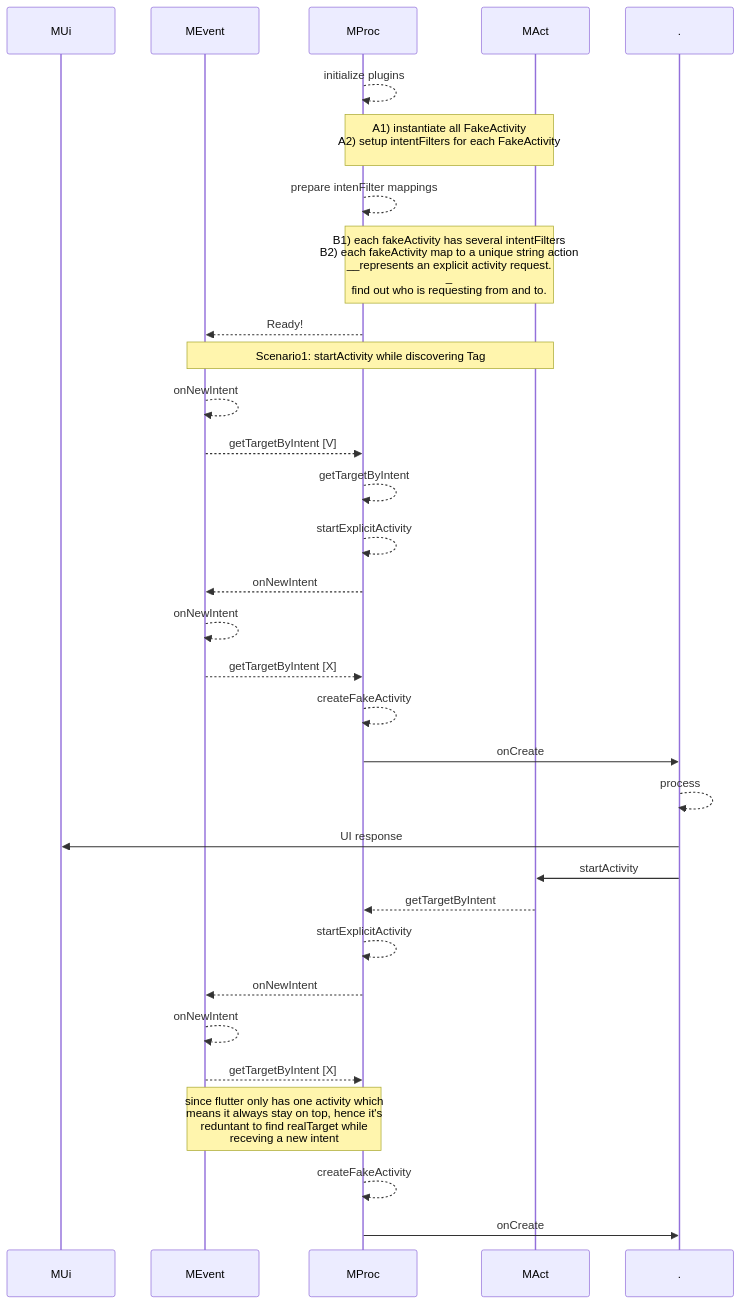
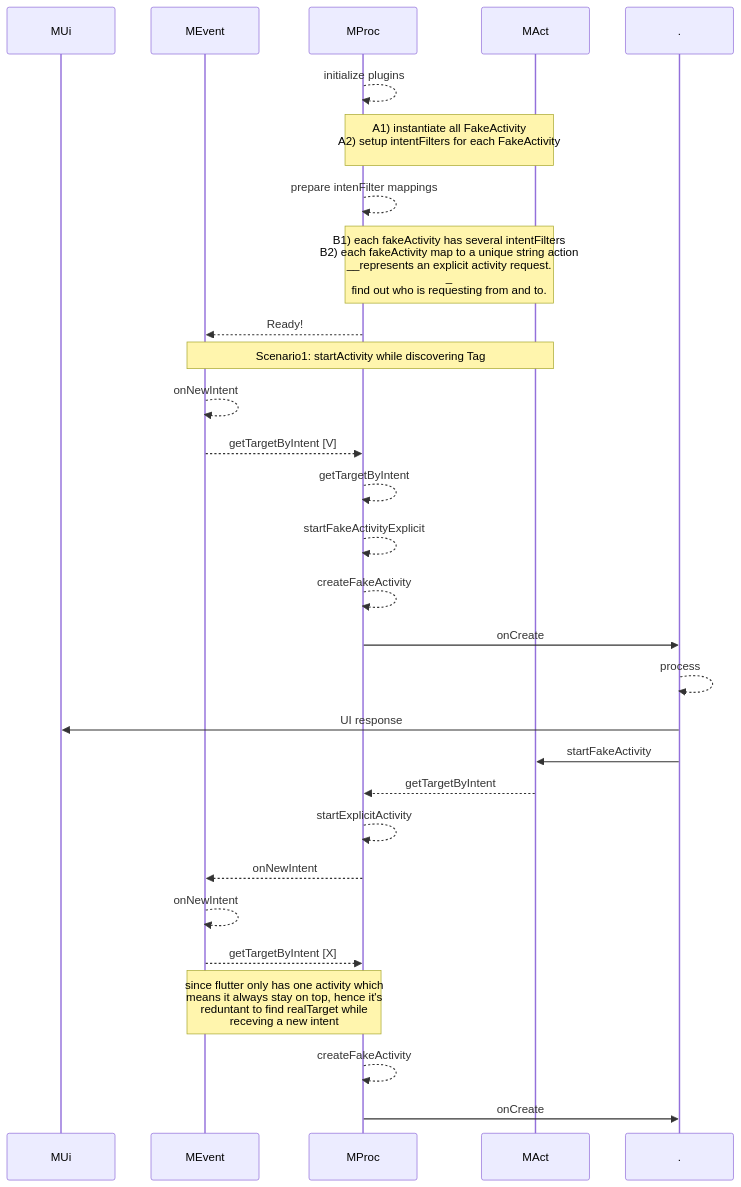
One commit to gordianknotC/nxp_note changed the third of 6 diagrams in flutter/android_to_flutter.md. Above: the diagram before and after it, drawn with Mermaid. The commit also changed other lines of this file, not shown here.

Commit message:
flutter/android_to_flutter.md updated from https://stackedit.io/

````diff
--- a/flutter/android_to_flutter.md
+++ b/flutter/android_to_flutter.md
@@ -50,45 +50,40 @@
 ```mermaid
 sequenceDiagram
 participant MUi
 participant MEvent
 participant MProc
 participant MAct
 participant .
 
 MProc-->>MProc: initialize plugins
 Note over MProc,MAct: A1) instantiate all FakeActivity<br>A2) setup intentFilters for each FakeActivity<br>
 
 MProc-->>MProc: prepare intenFilter mappings
 Note over MProc, MAct: B1) each fakeActivity has several intentFilters<br>B2) each fakeActivity map to a unique string action<br>__represents an explicit activity request.<br>_<br> find out who is requesting from and to.
 
 MProc-->>MEvent: Ready!
 
 Note over MEvent, MAct: Scenario1: startActivity while discovering Tag
 MEvent-->>MEvent: onNewIntent
 
 MEvent-->>MProc: getTargetByIntent [V]
 MProc-->>MProc: getTargetByIntent
-
-MProc-->>MProc: startExplicitActivity
-MProc-->>MEvent: onNewIntent
-MEvent-->>MEvent: onNewIntent
-MEvent-->>MProc: getTargetByIntent [X]
-
+MProc-->>MProc: startFakeActivityExplicit
 MProc-->>MProc: createFakeActivity
 MProc->> . : onCreate
 . -->> . : process
 . ->> MUi: UI response
-. ->> MAct: startActivity
+. ->> MAct: startFakeActivity
 MAct -->> MProc: getTargetByIntent
 MProc -->> MProc: startExplicitActivity
 MProc -->> MEvent: onNewIntent
 MEvent -->> MEvent: onNewIntent
 MEvent -->> MProc: getTargetByIntent [X]
 
 Note over MEvent, MProc: since flutter only has one activity which<br> means it always stay on top, hence it's<br> reduntant to find realTarget while <br>receving a new intent
 
 MProc -->> MProc: createFakeActivity
 MProc ->> . : onCreate
 
 
 ```
````
